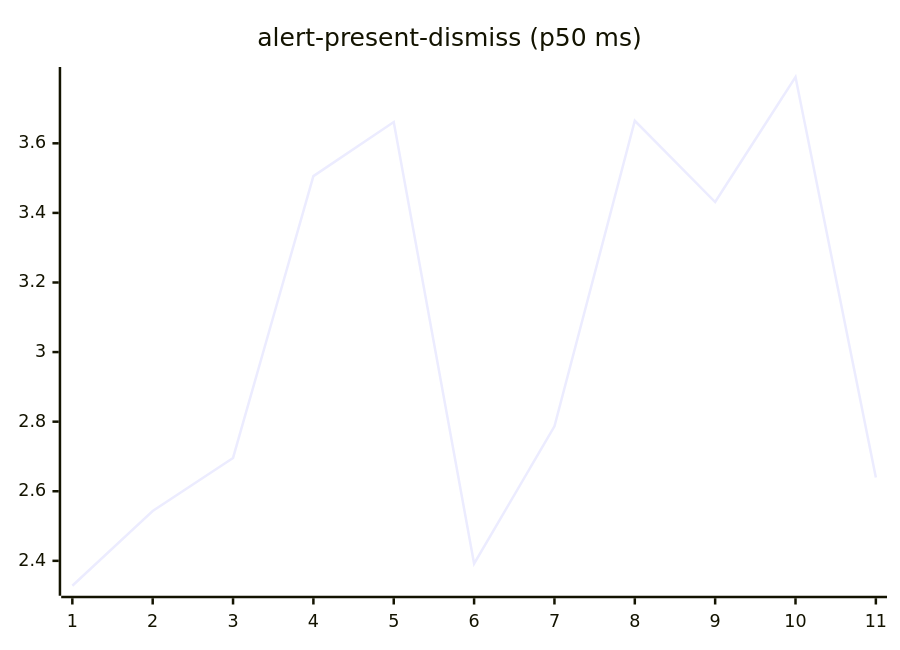
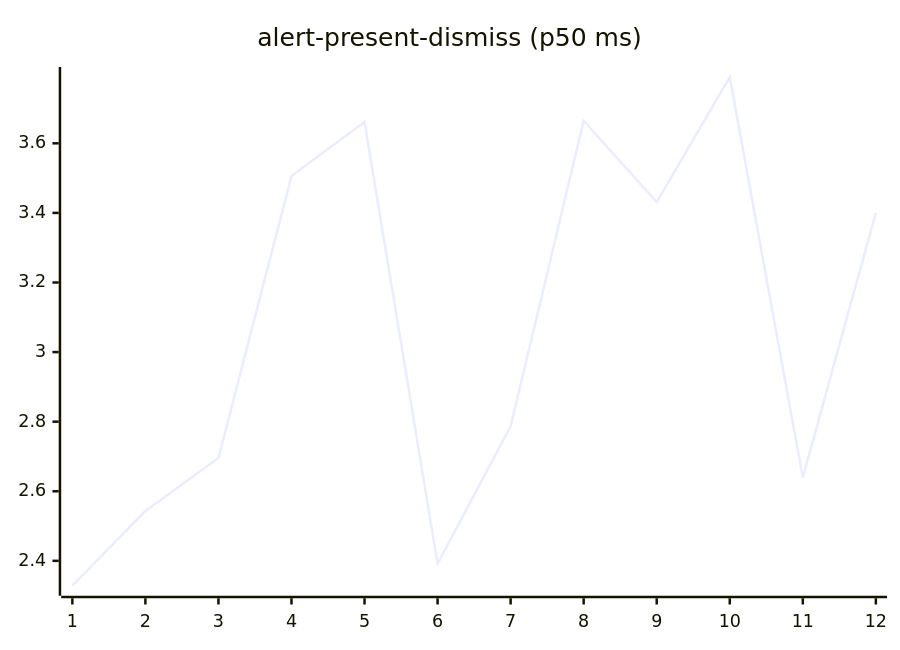
The second of 27 diagrams in README.md (josha/Facet), drawn with Mermaid before and after one commit. The commit also changed other lines of this file and 2 other files, not shown here.

````diff
--- a/README.md
+++ b/README.md
@@ -70,6 +70,6 @@
 ```mermaid
 xychart-beta
     title "alert-present-dismiss (p50 ms)"
-    x-axis 1 --> 11
-    line [2.3284, 2.5432, 2.6957, 3.5058, 3.6611, 2.3918, 2.7865, 3.6648, 3.4312, 3.7906, 2.6392]
+    x-axis 1 --> 12
+    line [2.3284, 2.5432, 2.6957, 3.5058, 3.6611, 2.3918, 2.7865, 3.6648, 3.4312, 3.7906, 2.6392, 3.4008]
 ```
````
